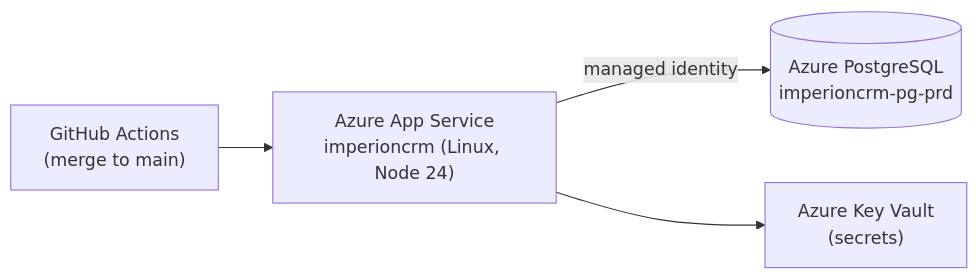
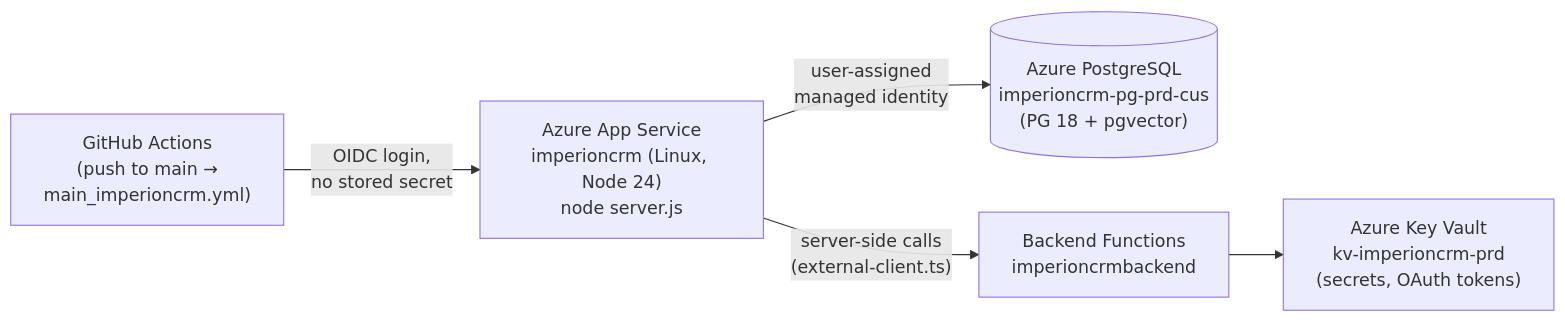
The second of 2 diagrams in docs/operations/README.md (markdconnelly/ImperionCRM), drawn with Mermaid before and after one commit. The commit also changed other lines of this file and 8 other files, not shown here.

````diff
--- a/docs/operations/README.md
+++ b/docs/operations/README.md
@@ -10,6 +42,7 @@
 ```mermaid
 flowchart LR
-    GH["GitHub Actions<br/>(merge to main)"] --> AS["Azure App Service<br/>imperioncrm (Linux, Node 24)"]
-    AS -- managed identity --> PG[("Azure PostgreSQL<br/>imperioncrm-pg-prd")]
-    AS --> KV["Azure Key Vault<br/>(secrets)"]
+    GH["GitHub Actions<br/>(push to main →<br/>main_imperioncrm.yml)"] -- "OIDC login,<br/>no stored secret" --> AS["Azure App Service<br/>imperioncrm (Linux, Node 24)<br/>node server.js"]
+    AS -- "user-assigned<br/>managed identity" --> PG[("Azure PostgreSQL<br/>imperioncrm-pg-prd-cus<br/>(PG 18 + pgvector)")]
+    AS -- "server-side calls<br/>(external-client.ts)" --> BE["Backend Functions<br/>imperioncrmbackend"]
+    BE --> KV["Azure Key Vault<br/>kv-imperioncrm-prd<br/>(secrets, OAuth tokens)"]
 ```
````
